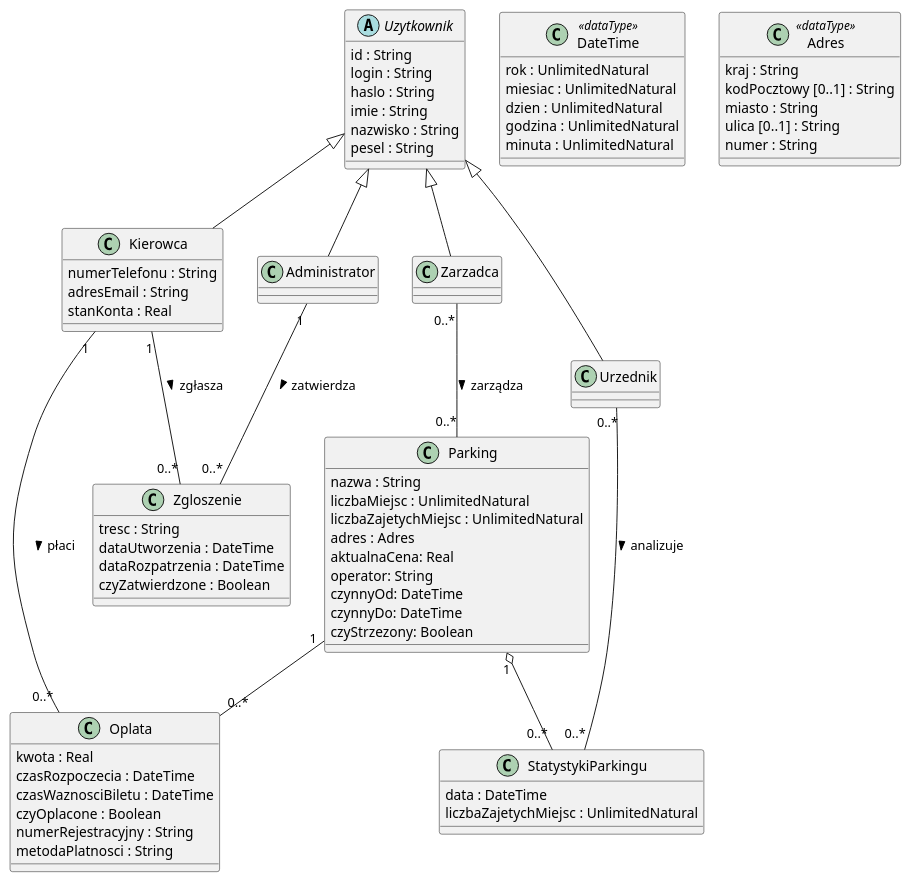
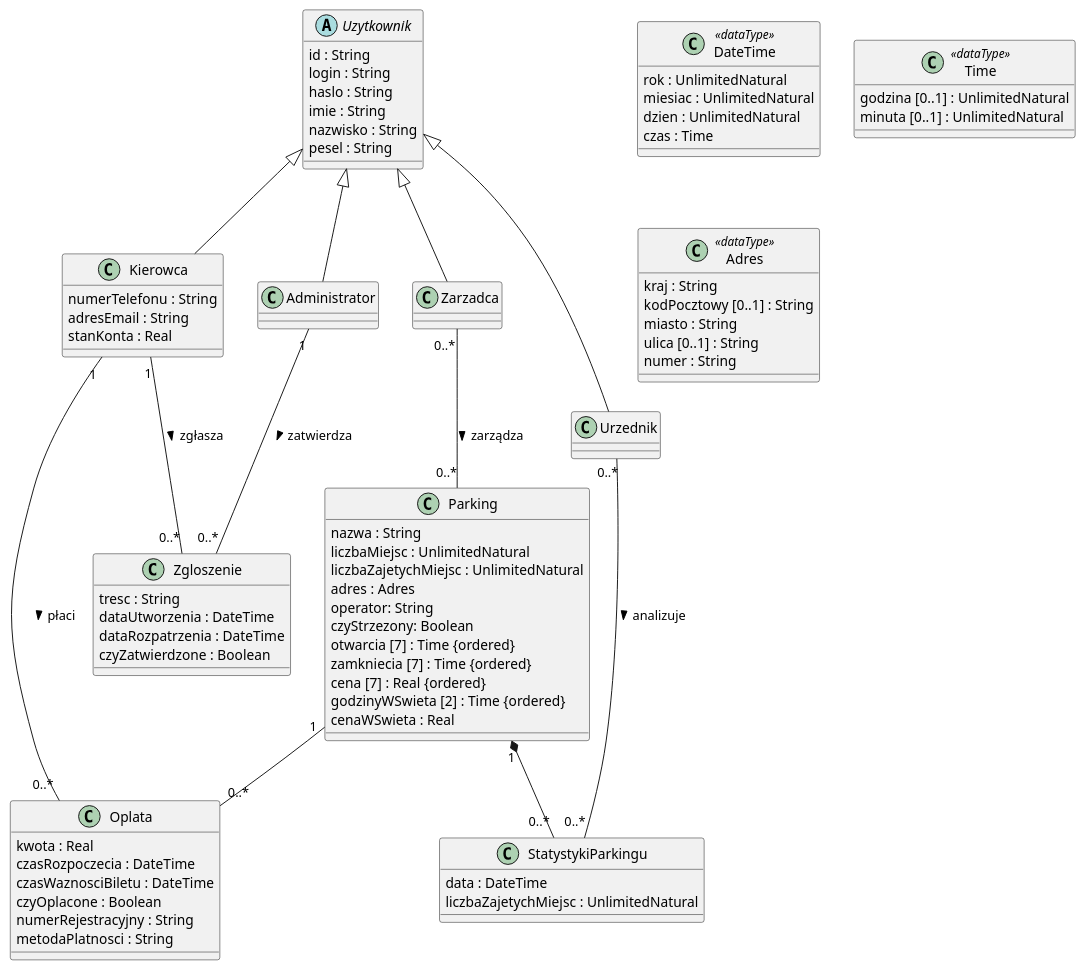
The diagram in cwiczenia/pioSem4/diagramKlas.puml (StanislawPodr/studia), drawn with PlantUML before and after one commit.

Commit message:
Edycja diagramu klas

```diff
--- a/cwiczenia/pioSem4/diagramKlas.puml
+++ b/cwiczenia/pioSem4/diagramKlas.puml
@@ -1,93 +1,100 @@
 @startuml diagramKlasParkingAplikacja
 
 class DateTime <<dataType>> {
   rok : UnlimitedNatural
   miesiac : UnlimitedNatural
   dzien : UnlimitedNatural
-  godzina : UnlimitedNatural
-  minuta : UnlimitedNatural
+  czas : Time
+}
+
+class Time <<dataType>> {
+  godzina [0..1] : UnlimitedNatural
+  minuta [0..1] : UnlimitedNatural
 }
 
 abstract class Uzytkownik {
   id : String
   login : String
   haslo : String
   imie : String
   nazwisko : String
   pesel : String
 }
 
 class Kierowca {
   numerTelefonu : String
   adresEmail : String
   stanKonta : Real
 }
 
 class Administrator {
 }
 
 class Urzednik {
 }
 
 class Zarzadca {
 }
 
 class Oplata {
   kwota : Real
   czasRozpoczecia : DateTime
   czasWaznosciBiletu : DateTime
   czyOplacone : Boolean
   numerRejestracyjny : String
   metodaPlatnosci : String
 }
 
 class Zgloszenie {
   tresc : String
   dataUtworzenia : DateTime
   dataRozpatrzenia : DateTime
   czyZatwierdzone : Boolean
 }
 
 class Parking {
   nazwa : String
   liczbaMiejsc : UnlimitedNatural
   liczbaZajetychMiejsc : UnlimitedNatural
   adres : Adres
-  aktualnaCena: Real
   operator: String
-  czynnyOd: DateTime
-  czynnyDo: DateTime
   czyStrzezony: Boolean
+  otwarcia [7] : Time {ordered}
+  zamkniecia [7] : Time {ordered}
+  cena [7] : Real {ordered}
+  godzinyWSwieta [2] : Time {ordered}
+  cenaWSwieta : Real
 }
 
 class StatystykiParkingu {
   data : DateTime
   liczbaZajetychMiejsc : UnlimitedNatural
 }
 
 class Adres <<dataType>> {
   kraj : String
   kodPocztowy [0..1] : String
   miasto : String
   ulica [0..1] : String
   numer : String
 }
 
+
 Kierowca -up-|> Uzytkownik
 Administrator -up-|> Uzytkownik
 Urzednik -up-|> Uzytkownik
 Zarzadca -up-|> Uzytkownik
 
 Kierowca "1" -- "0..*" Oplata : płaci >
 Kierowca "1" -- "0..*" Zgloszenie : zgłasza >
 
 Administrator "1" -- "0..*" Zgloszenie : zatwierdza >
 
 Urzednik "0..*" -- "0..*" StatystykiParkingu : analizuje >
 
 Zarzadca "0..*" -- "0..*" Parking : zarządza >
 
-Parking "1" o-- "0..*" StatystykiParkingu
+Parking "1" *-- "0..*" StatystykiParkingu
 Parking "1" -- "0..*" Oplata
 
 @enduml
```
